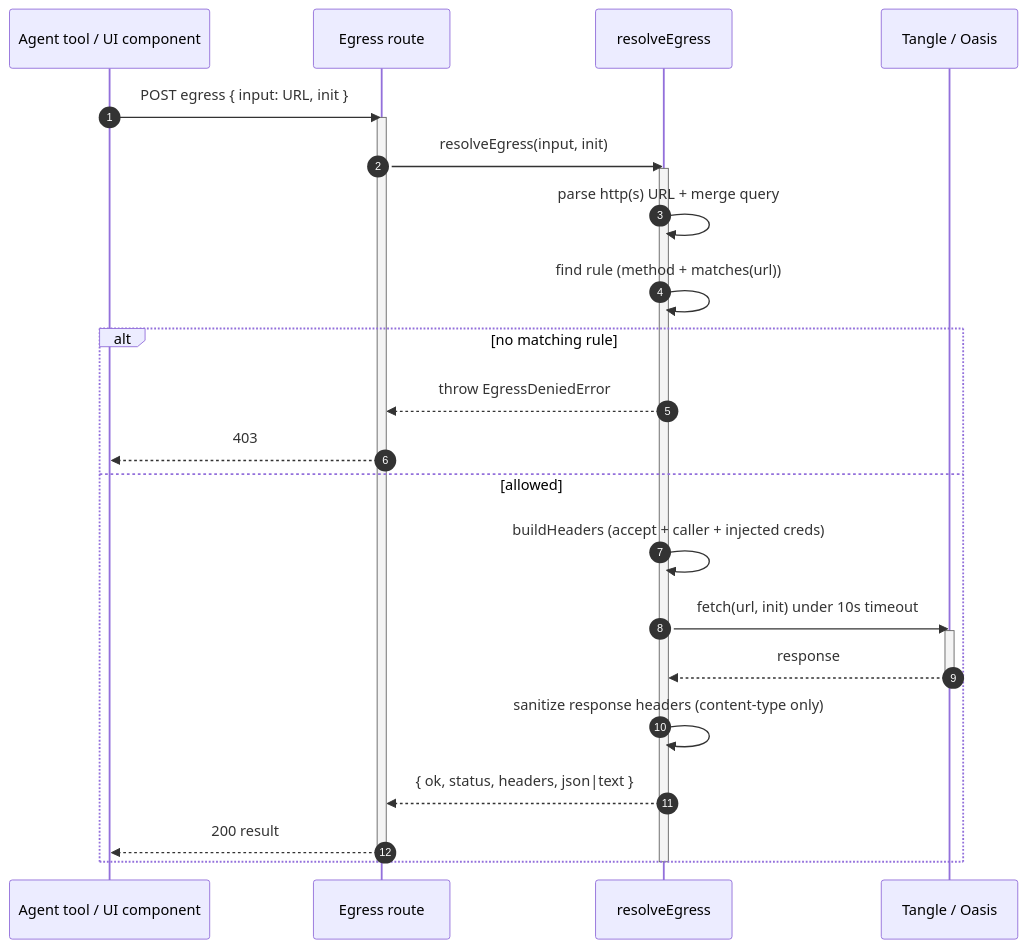
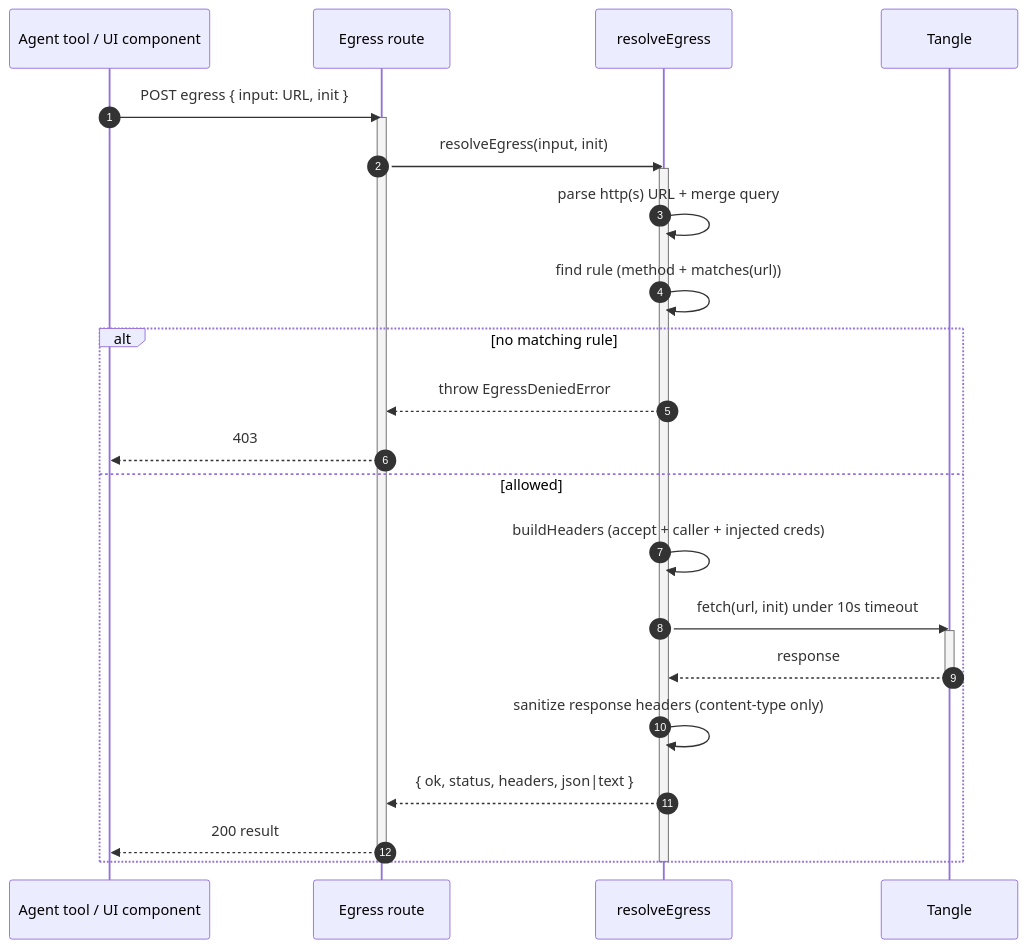
Before and after one commit to TangleML/tangent-shell: the second of 2 diagrams in docs/server/egress-and-security.md, drawn with Mermaid. The commit also changed other lines of this file and 31 other files, not shown here.

````diff
--- a/docs/server/egress-and-security.md
+++ b/docs/server/egress-and-security.md
@@ -73,30 +73,30 @@
 ```mermaid
 sequenceDiagram
   autonumber
   participant Caller as Agent tool / UI component
   participant Route as Egress route
   participant Resolver as resolveEgress
-  participant Upstream as Tangle / Oasis
+  participant Upstream as Tangle
 
   Caller->>Route: POST egress { input: URL, init }
   activate Route
   Route->>Resolver: resolveEgress(input, init)
   activate Resolver
   Resolver->>Resolver: parse http(s) URL + merge query
   Resolver->>Resolver: find rule (method + matches(url))
   alt no matching rule
     Resolver-->>Route: throw EgressDeniedError
     Route-->>Caller: 403
   else allowed
     Resolver->>Resolver: buildHeaders (accept + caller + injected creds)
     Resolver->>Upstream: fetch(url, init) under 10s timeout
     activate Upstream
     Upstream-->>Resolver: response
     deactivate Upstream
     Resolver->>Resolver: sanitize response headers (content-type only)
     Resolver-->>Route: { ok, status, headers, json|text }
     Route-->>Caller: 200 result
   end
   deactivate Resolver
   deactivate Route
 ```
````
